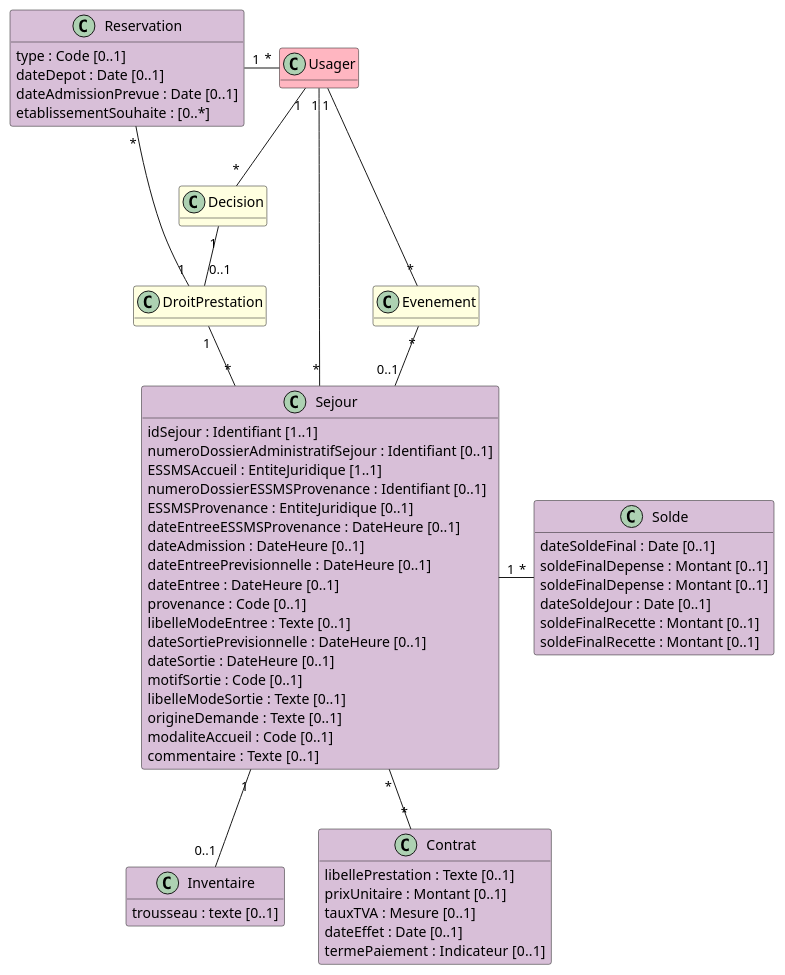
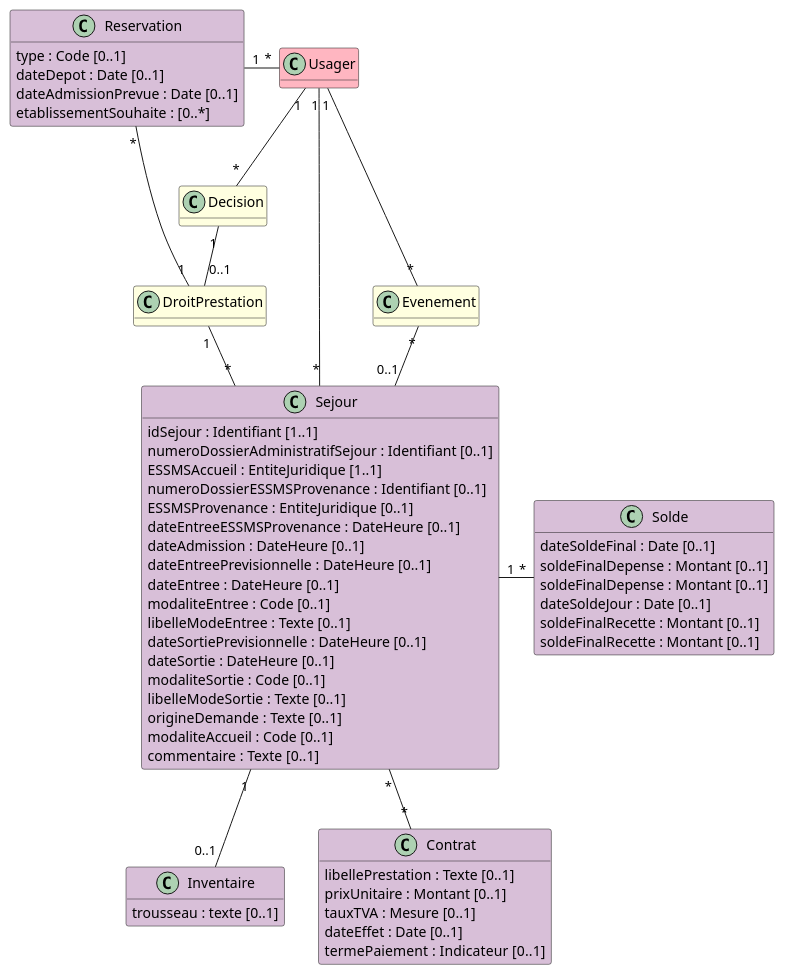
Before and after one commit to ansforge/IG-fhir-medicosocial-transfert-donnees-dui: the diagram in input/images-source/bloc_sejours.plantuml, drawn with PlantUML. The commit also changed 1 other file, not shown here.

```diff
--- a/input/images-source/bloc_sejours.plantuml
+++ b/input/images-source/bloc_sejours.plantuml
@@ -1,74 +1,74 @@
 @startuml
 
 hide empty methods
 
 class Usager #LightPink
 
 class Decision #LightYellow
 
 class DroitPrestation #LightYellow
 
 class Evenement #LightYellow
 
 class Reservation #Thistle {
     type : Code [0..1]
     dateDepot : Date [0..1]
     dateAdmissionPrevue : Date [0..1]
     etablissementSouhaite : [0..*]
 }
 
 class Sejour #Thistle {
     idSejour : Identifiant [1..1]
     numeroDossierAdministratifSejour : Identifiant [0..1]
     ESSMSAccueil : EntiteJuridique [1..1]
     numeroDossierESSMSProvenance : Identifiant [0..1]
     ESSMSProvenance : EntiteJuridique [0..1]
     dateEntreeESSMSProvenance : DateHeure [0..1]
     dateAdmission : DateHeure [0..1]
     dateEntreePrevisionnelle : DateHeure [0..1]
     dateEntree : DateHeure [0..1]
-    provenance : Code [0..1]
+    modaliteEntree : Code [0..1]
     libelleModeEntree : Texte [0..1]
     dateSortiePrevisionnelle : DateHeure [0..1]
     dateSortie : DateHeure [0..1]
-    motifSortie : Code [0..1]
+    modaliteSortie : Code [0..1]
     libelleModeSortie : Texte [0..1]
     origineDemande : Texte [0..1]
     modaliteAccueil : Code [0..1]
     commentaire : Texte [0..1] 
 }
 
 class Inventaire #Thistle { 
     trousseau : texte [0..1]
 }
 
 class Solde #Thistle {
     dateSoldeFinal : Date [0..1]
     soldeFinalDepense : Montant [0..1]
     soldeFinalDepense : Montant [0..1]
     dateSoldeJour : Date [0..1]
     soldeFinalRecette : Montant [0..1]
     soldeFinalRecette : Montant [0..1]
 }
 
 class Contrat #Thistle {
     libellePrestation : Texte [0..1]
     prixUnitaire : Montant [0..1]
     tauxTVA : Mesure [0..1]
     dateEffet : Date [0..1]
     termePaiement : Indicateur  [0..1]
 }
 
 Usager "1" -- "*" Decision
 Decision "1" -- "0..1" DroitPrestation
 Reservation "*" - "1" DroitPrestation
 Reservation "1" - "*" Usager
 DroitPrestation "1" -- "*" Sejour
 Sejour "1" -- "0..1" Inventaire
 Sejour "1" - "*" Solde
 Sejour "*" -- "*" Contrat
 Usager "1" - "*" Sejour
 Evenement "*" -- "0..1" Sejour
 Usager "1" -- "*" Evenement
 
 @enduml
```
